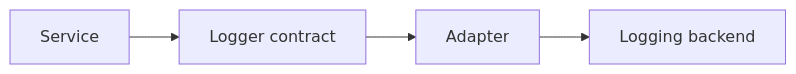
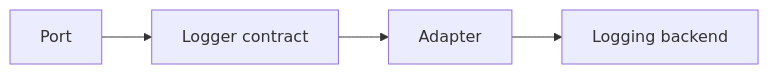
The diagram in docs/shared/application/loggers.md (virtualitems/tshex-cli), drawn with Mermaid before and after one commit. The commit also changed other lines of this file and 15 other files, not shown here.

First line of the commit message:
docs: align architecture guides with context boundaries

````diff
--- a/docs/shared/application/loggers.md
+++ b/docs/shared/application/loggers.md
@@ -148,6 +160,6 @@
 ```mermaid
 flowchart LR
-    service[Service] --> contract["Logger contract"]
+    port[Port] --> contract["Logger contract"]
     contract --> adapter[Adapter]
     adapter --> backend["Logging backend"]
 ```
````
